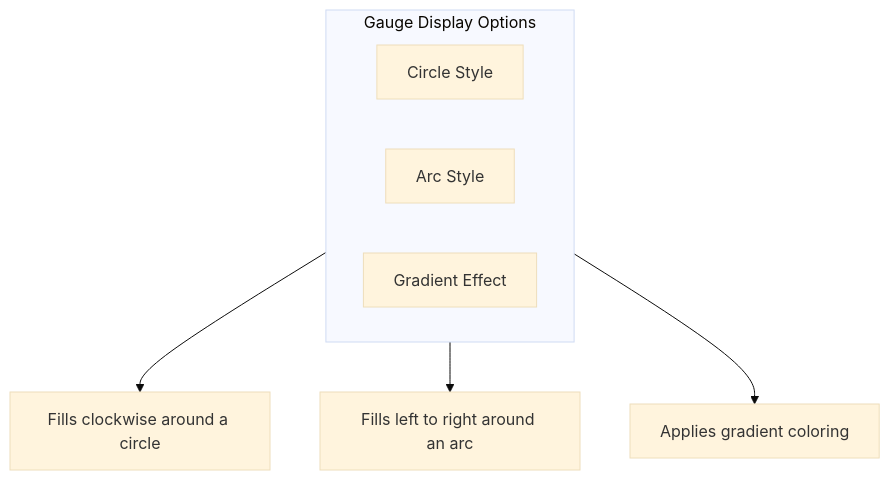
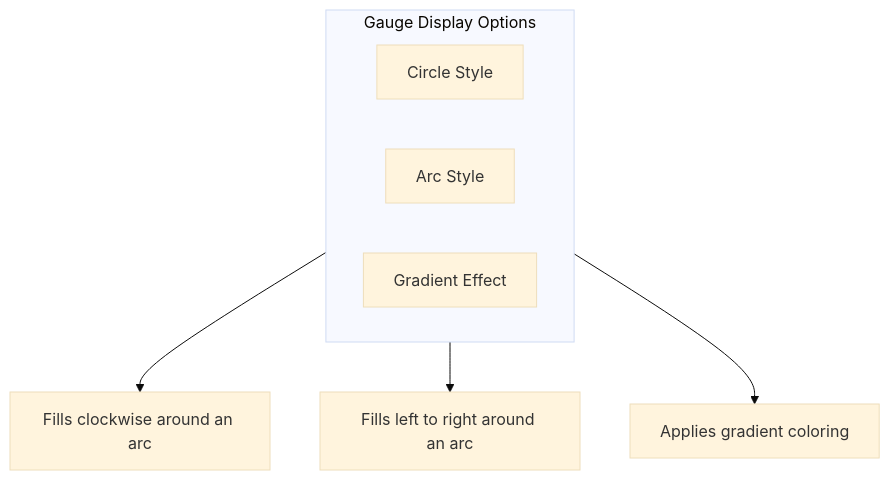
The second of 5 diagrams in posts/2026-01-30-grafana-gauge-configurations/README.md (OneUptime/blog), drawn with Mermaid (base theme) before and after one commit. The commit also changed other lines of this file and 876 other files, not shown here.

````diff
--- a/posts/2026-01-30-grafana-gauge-configurations/README.md
+++ b/posts/2026-01-30-grafana-gauge-configurations/README.md
@@ -91,13 +91,13 @@
 ```mermaid
 flowchart TB
     subgraph Modes["Gauge Display Options"]
         direction LR
         G1[Circle Style]
         G2[Arc Style]
         G3[Gradient Effect]
     end
 
-    G1 --> D1["Fills clockwise around a circle"]
+    G1 --> D1["Fills clockwise around an arc"]
     G2 --> D2["Fills left to right around an arc"]
     G3 --> D3["Applies gradient coloring"]
 ```
````
